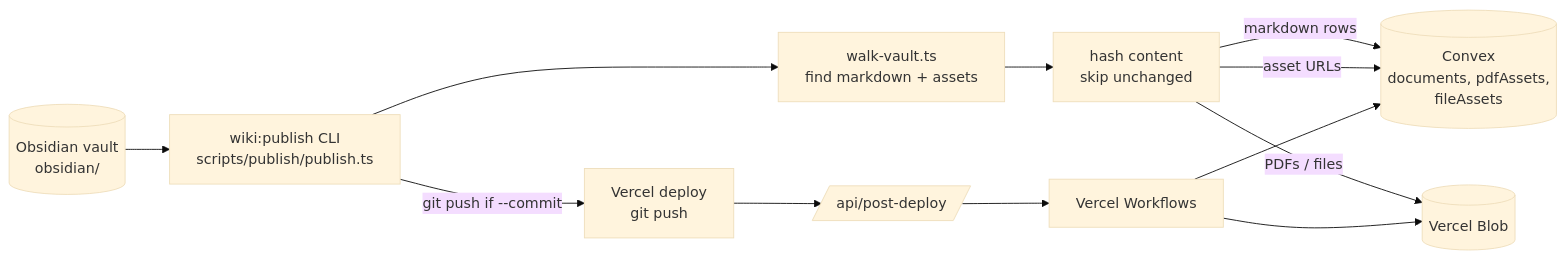
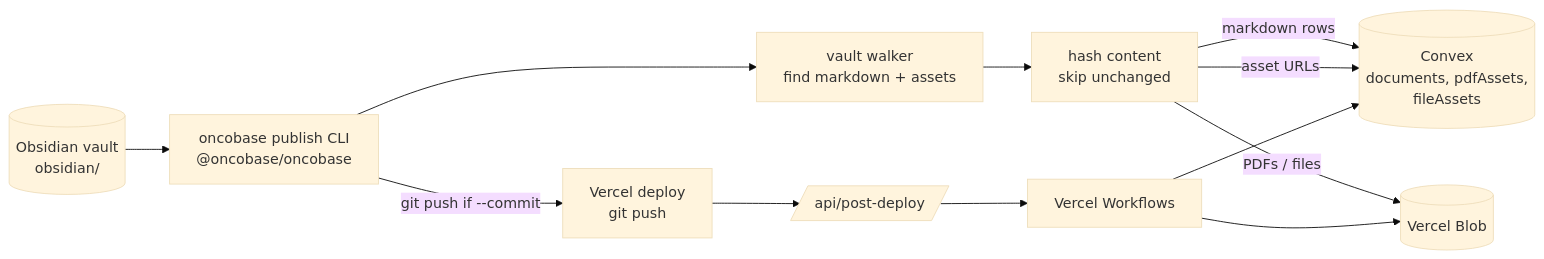
One commit to jasonLaster/oncobase changed the first of 2 diagrams in web/docs/architecture/04-publishing.md. Above: the diagram before and after it, drawn with Mermaid (base theme). The commit also changed other lines of this file and 36 other files, not shown here.

Commit message:
Extract wiki publisher CLI package

````diff
--- a/web/docs/architecture/04-publishing.md
+++ b/web/docs/architecture/04-publishing.md
@@ -7,21 +7,21 @@
 ```mermaid
 flowchart LR
   V[(Obsidian vault\nobsidian/)]
-  CLI[wiki:publish CLI\nscripts/publish/publish.ts]
-  Walk[walk-vault.ts\nfind markdown + assets]
+  CLI[oncobase publish CLI\n@oncobase/oncobase]
+  Walk[vault walker\nfind markdown + assets]
   Hash[hash content\nskip unchanged]
   ConvexAPI[(Convex\ndocuments, pdfAssets,\nfileAssets)]
   BlobAPI[(Vercel Blob)]
   Vercel[Vercel deploy\ngit push]
   PostDeploy[/api/post-deploy/]
   Workflows[Vercel Workflows]
 
   V --> CLI --> Walk --> Hash
   Hash -->|markdown rows| ConvexAPI
   Hash -->|PDFs / files| BlobAPI
   Hash -->|asset URLs| ConvexAPI
   CLI -->|git push if --commit| Vercel
   Vercel --> PostDeploy --> Workflows
   Workflows --> ConvexAPI
   Workflows --> BlobAPI
 ```
````
